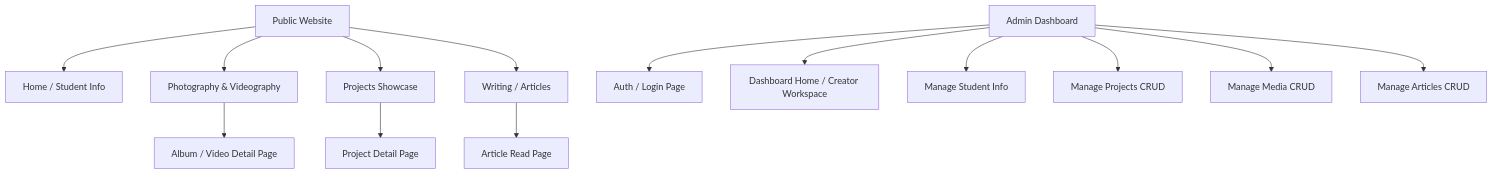
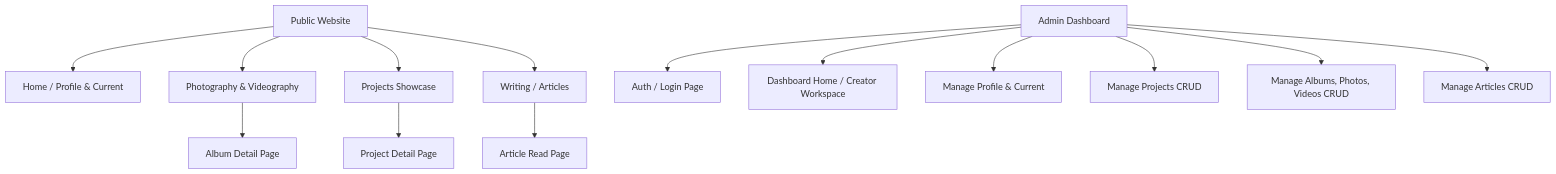
Before and after one commit to Abdullah12912/portofolio: the diagram in docs/01-product/Sitemap.md, drawn with Mermaid. The commit also changed other lines of this file and 14 other files, not shown here.

````diff
--- a/docs/01-product/Sitemap.md
+++ b/docs/01-product/Sitemap.md
@@ -5,20 +5,20 @@
 ```mermaid
 graph TD
     %% Public Website Pages
-    SubPublic[Public Website] --> Home[Home / Student Info]
+    SubPublic[Public Website] --> Home[Home / Profile & Current]
     SubPublic --> Photography[Photography & Videography]
     SubPublic --> Projects[Projects Showcase]
     SubPublic --> Writing[Writing / Articles]
     
-    Photography --> AlbumDetail[Album / Video Detail Page]
+    Photography --> AlbumDetail[Album Detail Page]
     Projects --> ProjectDetail[Project Detail Page]
     Writing --> ArticleDetail[Article Read Page]
     
     %% Admin Dashboard Pages
     SubAdmin[Admin Dashboard] --> Login[Auth / Login Page]
     SubAdmin --> DashboardHome[Dashboard Home / Creator Workspace]
-    SubAdmin --> AdminStudent[Manage Student Info]
+    SubAdmin --> AdminProfile[Manage Profile & Current]
     SubAdmin --> AdminProjects[Manage Projects CRUD]
-    SubAdmin --> AdminMedia[Manage Media CRUD]
+    SubAdmin --> AdminMedia[Manage Albums, Photos, Videos CRUD]
     SubAdmin --> AdminWriting[Manage Articles CRUD]
 ```
````
